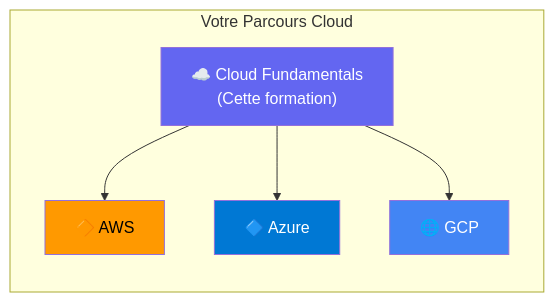
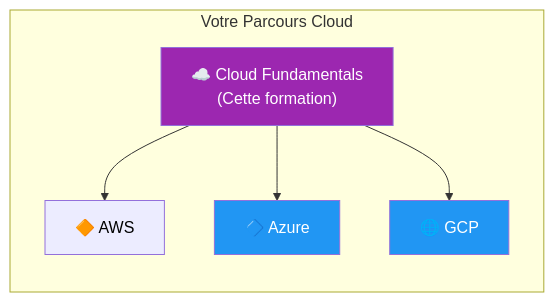
The first of 2 diagrams in docs/formations/cloud-fundamentals/index.md (VBlackJack/ShellBook), drawn with Mermaid before and after one commit. The commit also changed other lines of this file and 337 other files, not shown here.

First line of the commit message:
refactor(docs): Standardize code blocks and Mermaid colors

````diff
--- a/docs/formations/cloud-fundamentals/index.md
+++ b/docs/formations/cloud-fundamentals/index.md
@@ -18,18 +18,18 @@
 ```mermaid
 graph LR
     subgraph "Votre Parcours Cloud"
         CF["☁️ Cloud Fundamentals<br/>(Cette formation)"]
         AWS["🔶 AWS"]
         AZURE["🔷 Azure"]
         GCP["🌐 GCP"]
     end
 
     CF --> AWS
     CF --> AZURE
     CF --> GCP
 
-    style CF fill:#6366f1,color:#fff
-    style AWS fill:#ff9900,color:#000
-    style AZURE fill:#0078d4,color:#fff
-    style GCP fill:#4285f4,color:#fff
+    style CF fill:#9C27B0,color:#fff
+    style AWS fill:#FF9800800900,color:#000
+    style AZURE fill:#2196F3,color:#fff
+    style GCP fill:#2196F3,color:#fff
 ```
````
